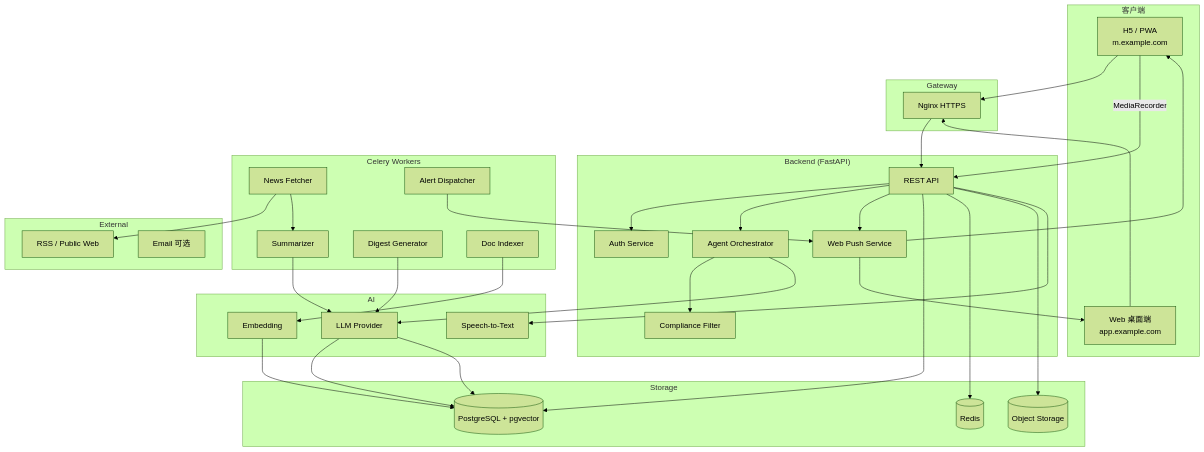
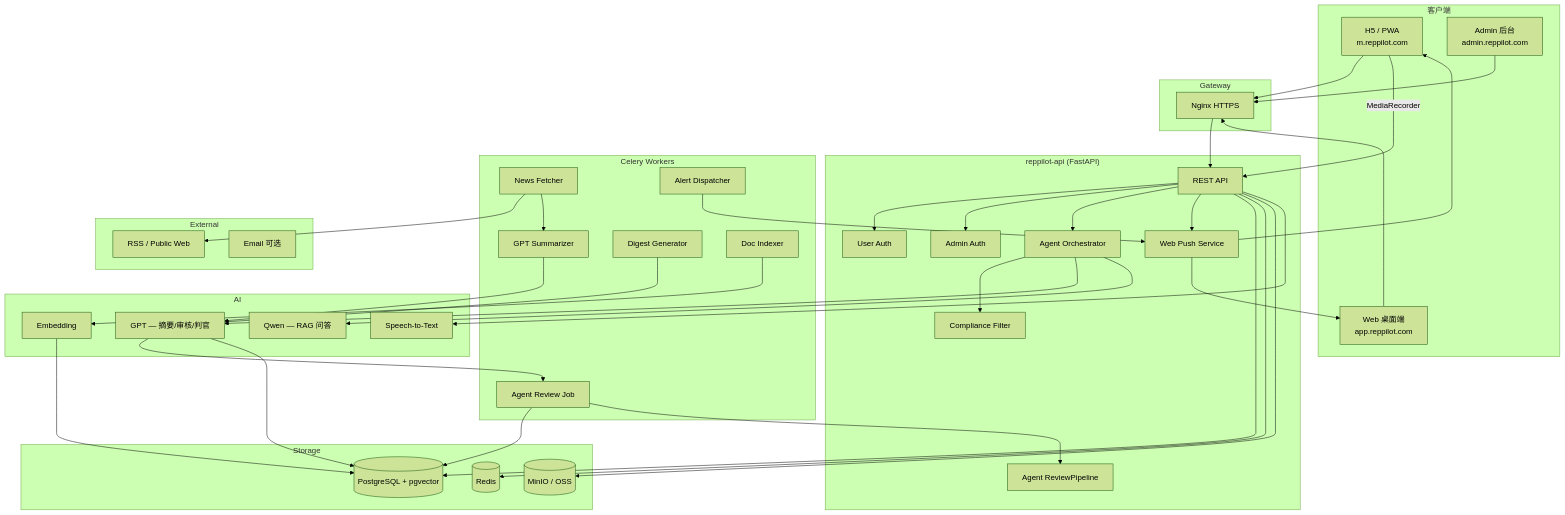
Before and after one commit to AliceDel66/discussionGroup: the first of 7 diagrams in projects/pharma-rep-agent/tech/architecture.md, drawn with Mermaid (forest theme). The commit also changed other lines of this file and 7 other files, not shown here.

First line of the commit message:
docs(pharma-rep-agent): 补充 Admin 规格、Agent 审核架构与前端重构计划。

````diff
--- a/projects/pharma-rep-agent/tech/architecture.md
+++ b/projects/pharma-rep-agent/tech/architecture.md
@@ -13,65 +14,74 @@
 ```mermaid
 graph TB
     subgraph Client["客户端"]
-        H5[H5 / PWA<br/>m.example.com]
-        Web[Web 桌面端<br/>app.example.com]
+        H5[H5 / PWA<br/>m.reppilot.com]
+        Web[Web 桌面端<br/>app.reppilot.com]
+        Admin[Admin 后台<br/>admin.reppilot.com]
     end
 
     subgraph Gateway
         NGINX[Nginx HTTPS]
     end
 
-    subgraph App["Backend (FastAPI)"]
+    subgraph App["reppilot-api (FastAPI)"]
         API[REST API]
-        Auth[Auth Service]
+        AuthU[User Auth]
+        AuthA[Admin Auth]
         AgentOrch[Agent Orchestrator]
+        Reviewer[Agent ReviewPipeline]
         Compliance[Compliance Filter]
         PushSvc[Web Push Service]
     end
 
     subgraph Workers["Celery Workers"]
         Fetcher[News Fetcher]
-        Summarizer[Summarizer]
+        Summarizer[GPT Summarizer]
+        ReviewJob[Agent Review Job]
         DigestGen[Digest Generator]
         AlertGen[Alert Dispatcher]
         Indexer[Doc Indexer]
     end
 
     subgraph AI
-        LLM[LLM Provider]
+        GPT[GPT — 摘要/审核/判官]
+        Qwen[Qwen — RAG 问答]
         Embed[Embedding]
         ASR[Speech-to-Text]
     end
 
     subgraph Storage
         PG[(PostgreSQL + pgvector)]
         Redis[(Redis)]
-        OSS[(Object Storage)]
+        OSS[(MinIO / OSS)]
     end
 
     subgraph External
         RSS[RSS / Public Web]
         SMTP[Email 可选]
     end
 
     H5 --> NGINX
     Web --> NGINX
+    Admin --> NGINX
     NGINX --> API
-    API --> Auth
+    API --> AuthU
+    API --> AuthA
     API --> AgentOrch
     API --> PushSvc
     AgentOrch --> Compliance
-    AgentOrch --> LLM
+    AgentOrch --> GPT
+    AgentOrch --> Qwen
     API --> PG
     API --> Redis
     API --> OSS
     H5 -->|MediaRecorder| API
     API --> ASR
     Fetcher --> RSS
-    Fetcher --> Summarizer --> LLM --> PG
-    DigestGen --> LLM --> PG
+    Fetcher --> Summarizer --> GPT --> ReviewJob --> PG
+    ReviewJob --> Reviewer
+    DigestGen --> GPT --> PG
     AlertGen --> PushSvc
     PushSvc --> H5
     PushSvc --> Web
     Indexer --> Embed --> PG
 ```
````
